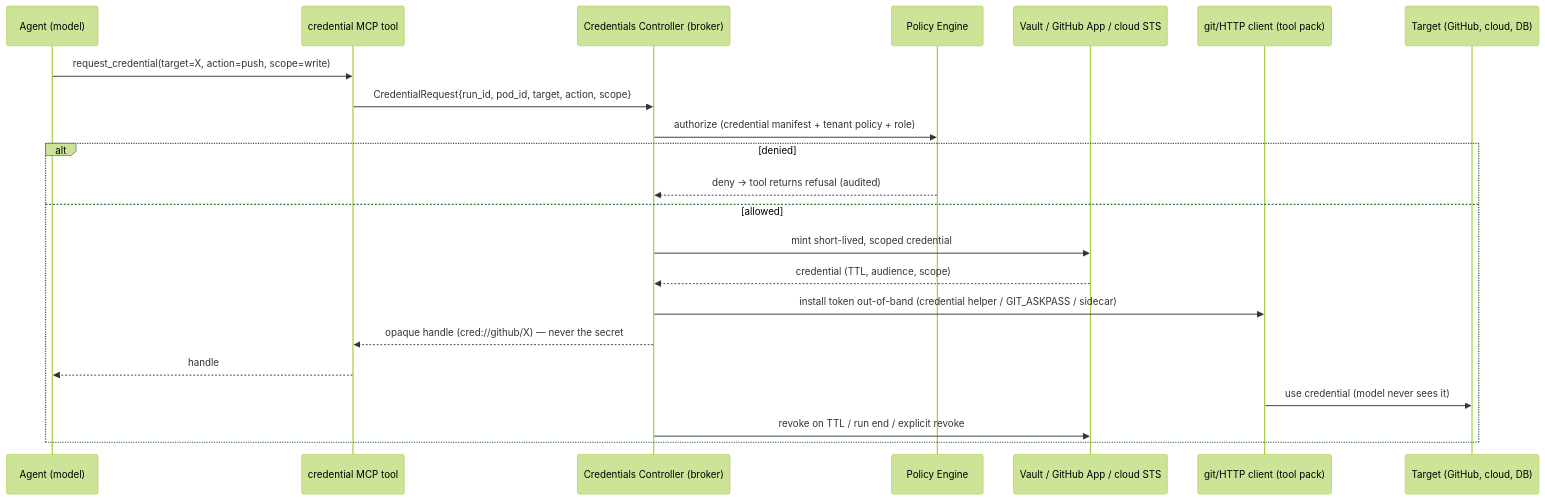
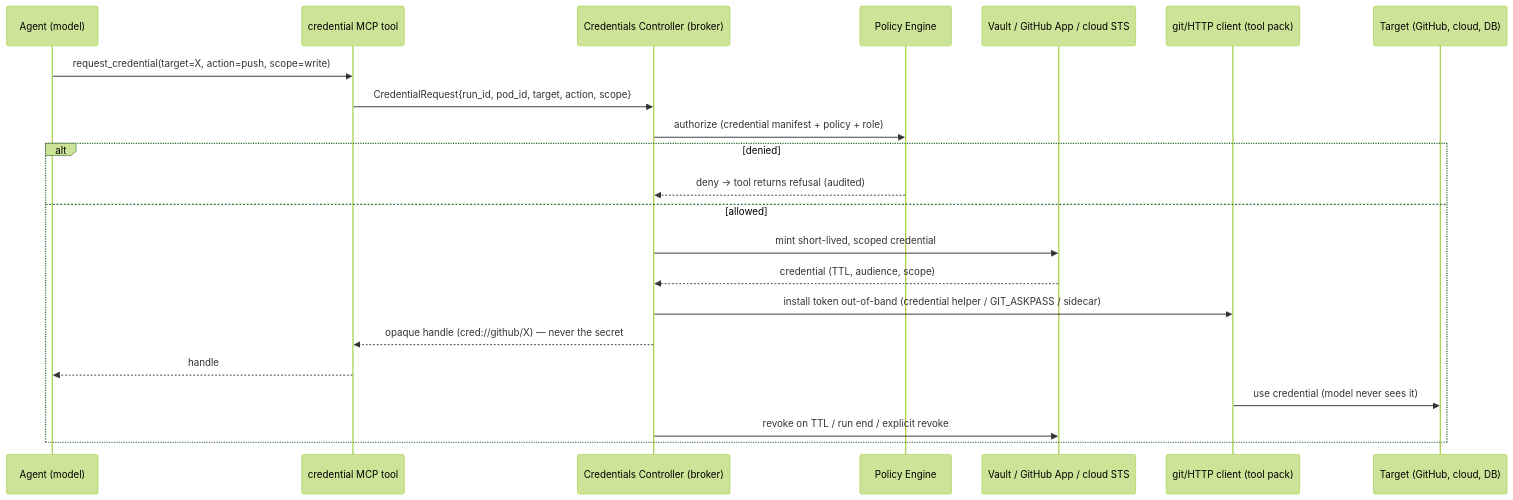
Before and after one commit to MohannedAbbas/cat-herder: the eighth of 9 diagrams in PLAN.md, drawn with Mermaid (forest theme). The commit also changed other lines of this file and 2 other files, not shown here.

First line of the commit message:
plan: single-instance-per-org, API-first; remove tenant/team model

````diff
--- a/PLAN.md
+++ b/PLAN.md
@@ -691,25 +701,25 @@
 ```mermaid
 sequenceDiagram
     participant A as Agent (model)
     participant T as credential MCP tool
     participant C as Credentials Controller (broker)
     participant P as Policy Engine
     participant V as Vault / GitHub App / cloud STS
     participant Git as git/HTTP client (tool pack)
     participant G as Target (GitHub, cloud, DB)
 
     A->>T: request_credential(target=X, action=push, scope=write)
     T->>C: CredentialRequest{run_id, pod_id, target, action, scope}
-    C->>P: authorize (credential manifest + tenant policy + role)
+    C->>P: authorize (credential manifest + policy + role)
     alt denied
         P-->>C: deny -> tool returns refusal (audited)
     else allowed
         C->>V: mint short-lived, scoped credential
         V-->>C: credential (TTL, audience, scope)
         C->>Git: install token out-of-band (credential helper / GIT_ASKPASS / sidecar)
         C-->>T: opaque handle (cred://github/X) — never the secret
         T-->>A: handle
         Git->>G: use credential (model never sees it)
         C->>V: revoke on TTL / run end / explicit revoke
     end
 ```
````
